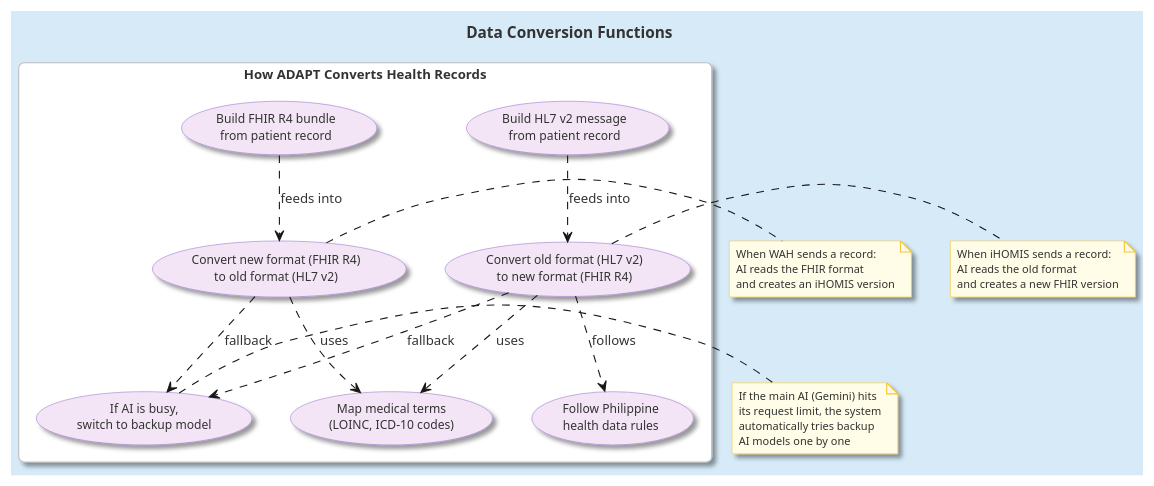
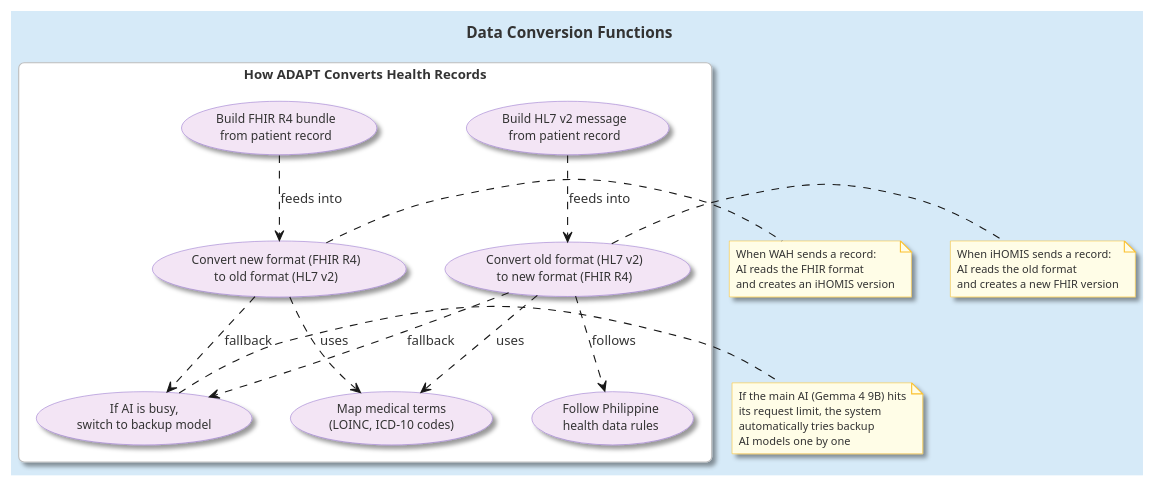
Before and after one commit to Vince0028/WAH4PCE-MERGE-CONFLICT: the diagram in diagrams/functions/data_transformation.puml, drawn with PlantUML. The commit also changed 23 other files, not shown here.

Commit message:
feat: add C4 architecture diagrams and PlantUML models for ADAPT iPaaS middleware and services

```diff
--- a/diagrams/functions/data_transformation.puml
+++ b/diagrams/functions/data_transformation.puml
@@ -1,76 +1,76 @@
 @startuml Data_Transformation_Functions
 ' ============================================================
 ' Data Transformation Functions
 ' Simple and understandable
 ' ============================================================
 
 skinparam backgroundColor #D6EAF8
 skinparam defaultFontColor #333333
 skinparam defaultFontName "Segoe UI"
 skinparam defaultFontSize 12
 skinparam shadowing true
 
 skinparam rectangle {
     BackgroundColor #FFFFFF
     BorderColor #BDBDBD
     FontColor #333333
     FontSize 12
     RoundCorner 10
 }
 
 skinparam usecase {
     BackgroundColor #F3E5F5
     BorderColor #9575CD
     FontColor #333333
     FontSize 11
 }
 
 skinparam note {
     BackgroundColor #FFFDE7
     BorderColor #FBC02D
     FontColor #333333
     FontSize 10
 }
 
 title **Data Conversion Functions**
 
 rectangle "How ADAPT Converts Health Records" {
 
     usecase "Convert old format (HL7 v2)\nto new format (FHIR R4)" as T1
     usecase "Convert new format (FHIR R4)\nto old format (HL7 v2)" as T2
     usecase "Build HL7 v2 message\nfrom patient record" as T3
     usecase "Build FHIR R4 bundle\nfrom patient record" as T4
     usecase "If AI is busy,\nswitch to backup model" as T5
     usecase "Map medical terms\n(LOINC, ICD-10 codes)" as T6
     usecase "Follow Philippine\nhealth data rules" as T7
 
 }
 
 note right of T1
   When iHOMIS sends a record:
   AI reads the old format
   and creates a new FHIR version
 end note
 
 note right of T2
   When WAH sends a record:
   AI reads the FHIR format
   and creates an iHOMIS version
 end note
 
 note right of T5
-  If the main AI (Gemini) hits
+  If the main AI (Gemma 4 9B) hits
   its request limit, the system
   automatically tries backup
   AI models one by one
 end note
 
 T1 ..> T6 : uses
 T1 ..> T7 : follows
 T2 ..> T6 : uses
 T1 ..> T5 : fallback
 T2 ..> T5 : fallback
 T3 ..> T1 : feeds into
 T4 ..> T2 : feeds into
 
 @enduml
```
